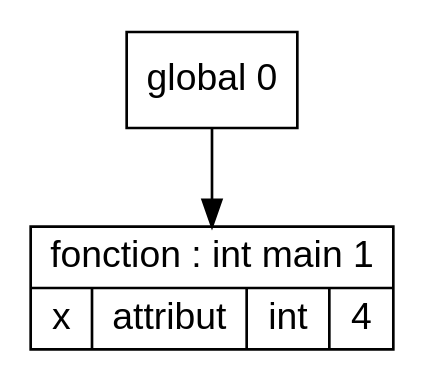
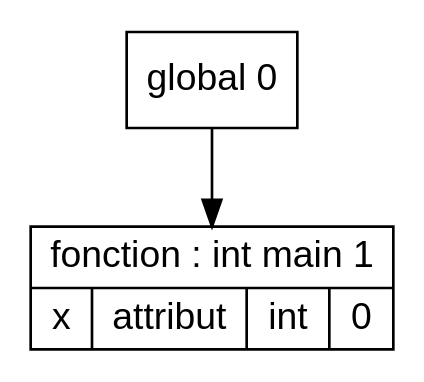
Before and after one commit to Hamza-ABDOULHOUSSEN/compil: the diagram in Code/out/tds/dot/Test_Semantique/test_affectation1.dot, drawn with Graphviz. The commit also changed 27 other files, not shown here.

```diff
--- a/Code/out/tds/dot/Test_Semantique/test_affectation1.dot
+++ b/Code/out/tds/dot/Test_Semantique/test_affectation1.dot
@@ -1,14 +1,14 @@
 digraph "tds"{
 
 	node [fontname="Arial"];
 
 	N1 [shape=record label="{ fonction : int main 1
-	| { x | attribut | int | 4 }
+	| { x | attribut | int | 0 }
 	}"];
 
 	N0 [shape=record label="{ global 0
 	}"];
 
 
 	N0 -> N1; 
 }
```
